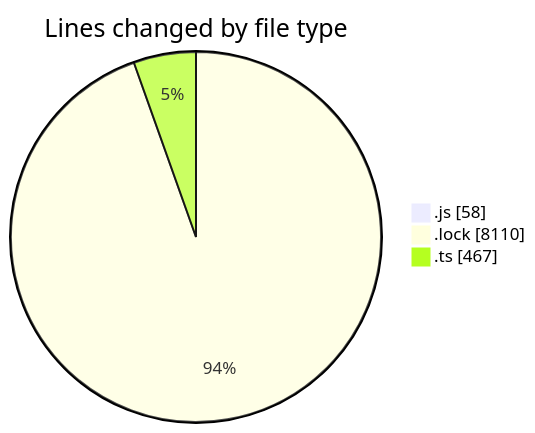
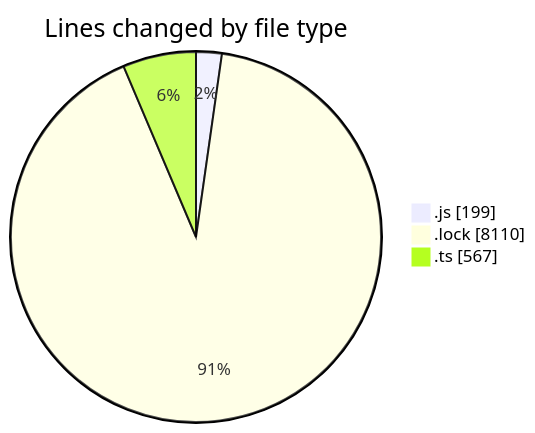
Before and after one commit to momahboobian/code-tracking: the first of 2 diagrams in 2025-02-07/cda/README.md, drawn with Mermaid. The commit also changed other lines of this file and 1 other file, not shown here.

````diff
--- a/2025-02-07/cda/README.md
+++ b/2025-02-07/cda/README.md
@@ -26,7 +27,7 @@
 ```mermaid
 pie showData
 title Lines changed by file type
-".js" : 58
+".js" : 199
 ".lock" : 8110
-".ts" : 467
+".ts" : 567
 ```
````
